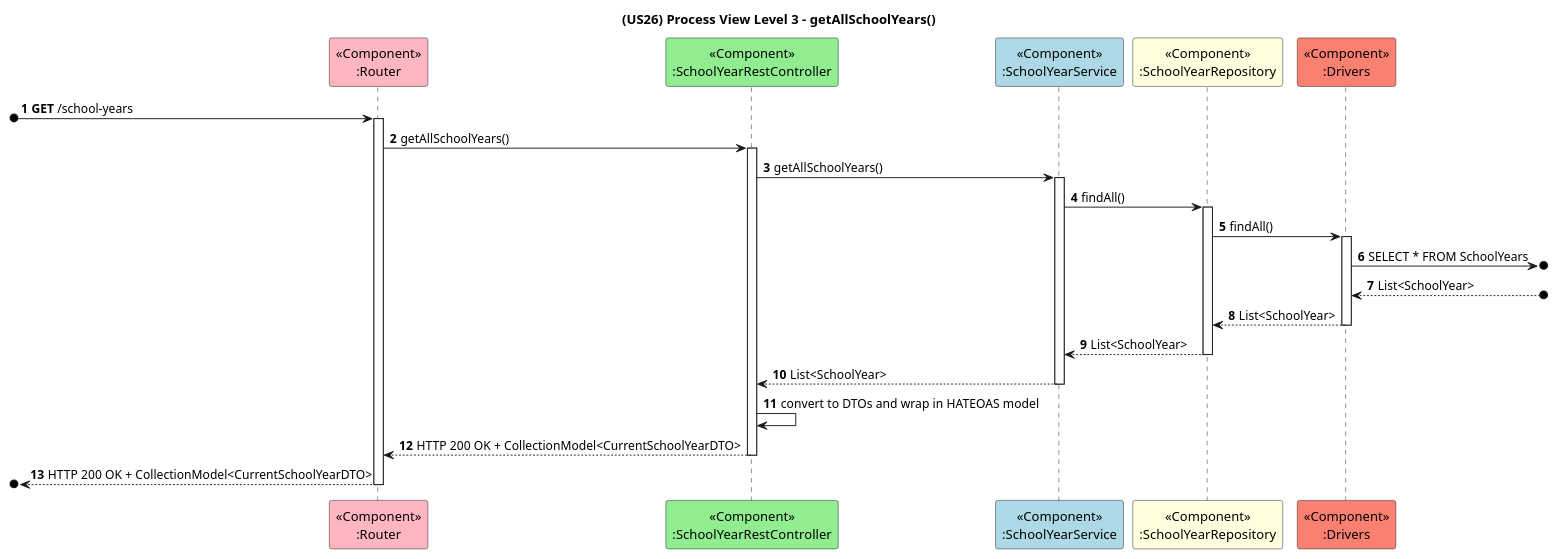
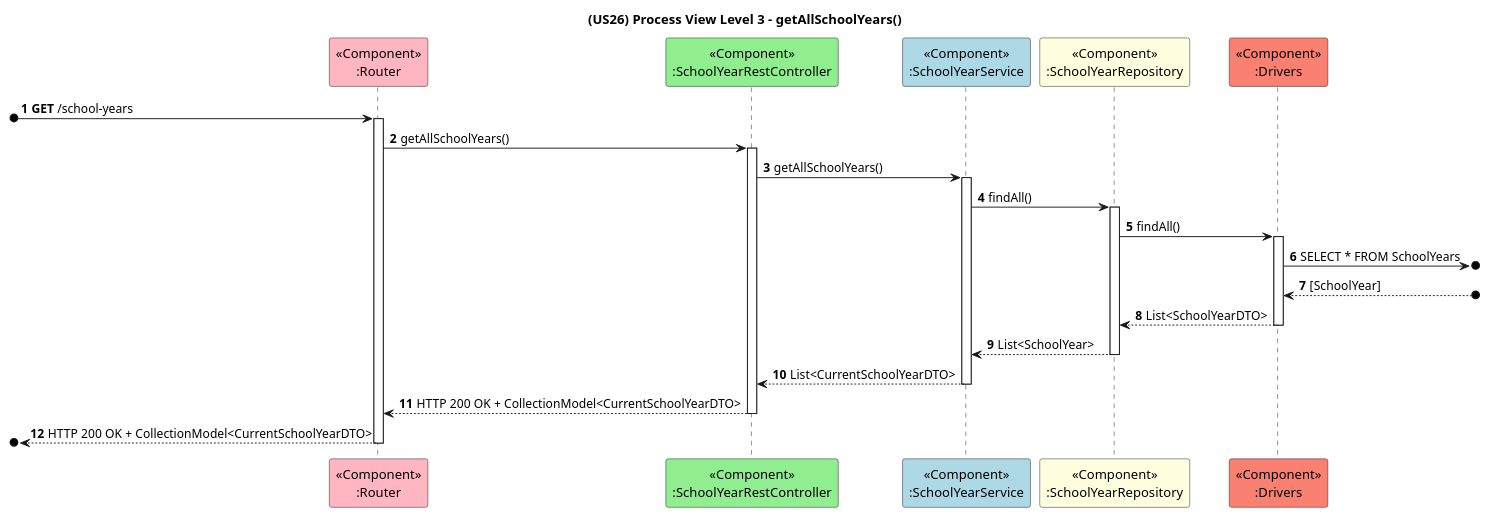
The diagram in docs/US26/Sprint6_RestAPI/ProcessView/Level3ComponentContent-GetAllSchoolYears.puml (GasparISEP/DevOps-PAI), drawn with PlantUML before and after one commit.

Commit message:
docs: refine method interactions in Level 3 process view. Refs #687

```diff
--- a/docs/US26/Sprint6_RestAPI/ProcessView/Level3ComponentContent-GetAllSchoolYears.puml
+++ b/docs/US26/Sprint6_RestAPI/ProcessView/Level3ComponentContent-GetAllSchoolYears.puml
@@ -1,26 +1,25 @@
 @startuml
 title (US26) Process View Level 3 - getAllSchoolYears()
 
 autonumber
 
 participant "<<Component>>\n:Router" as RT #lightpink
 participant "<<Component>>\n:SchoolYearRestController" as C #lightgreen
 participant "<<Component>>\n:SchoolYearService" as S #lightblue
 participant "<<Component>>\n:SchoolYearRepository" as R #lightyellow
 participant "<<Component>>\n:Drivers" as D #salmon
 
 [o-> RT ++: **GET** /school-years
 RT -> C ++: getAllSchoolYears()
 C -> S ++: getAllSchoolYears()
 S -> R ++: findAll()
 R -> D ++: findAll()
 D ->o] : SELECT * FROM SchoolYears
-D <--o] : List<SchoolYear>
-D --> R --: List<SchoolYear>
+D <--o] : [SchoolYear]
+D --> R --: List<SchoolYearDTO>
 R --> S --: List<SchoolYear>
-S --> C --: List<SchoolYear>
-C -> C: convert to DTOs and wrap in HATEOAS model
+S --> C --: List<CurrentSchoolYearDTO>
 C --> RT --: HTTP 200 OK + CollectionModel<CurrentSchoolYearDTO>
 [o<-- RT --: HTTP 200 OK + CollectionModel<CurrentSchoolYearDTO>
 
 @enduml
```
